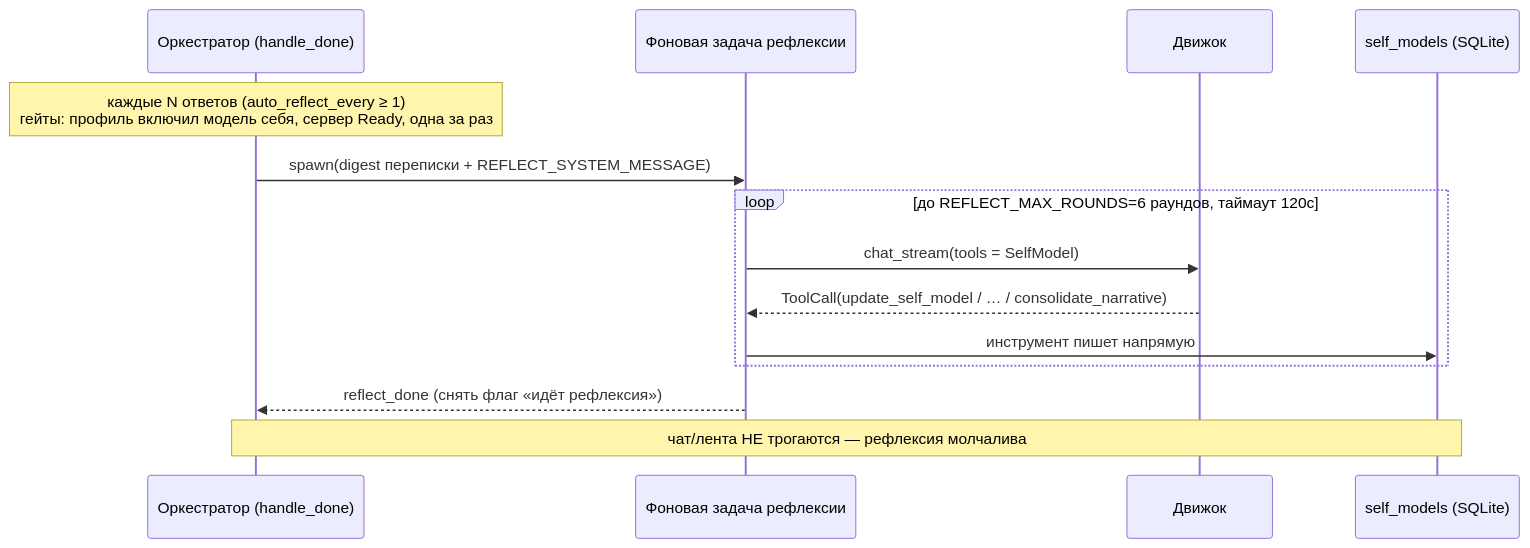
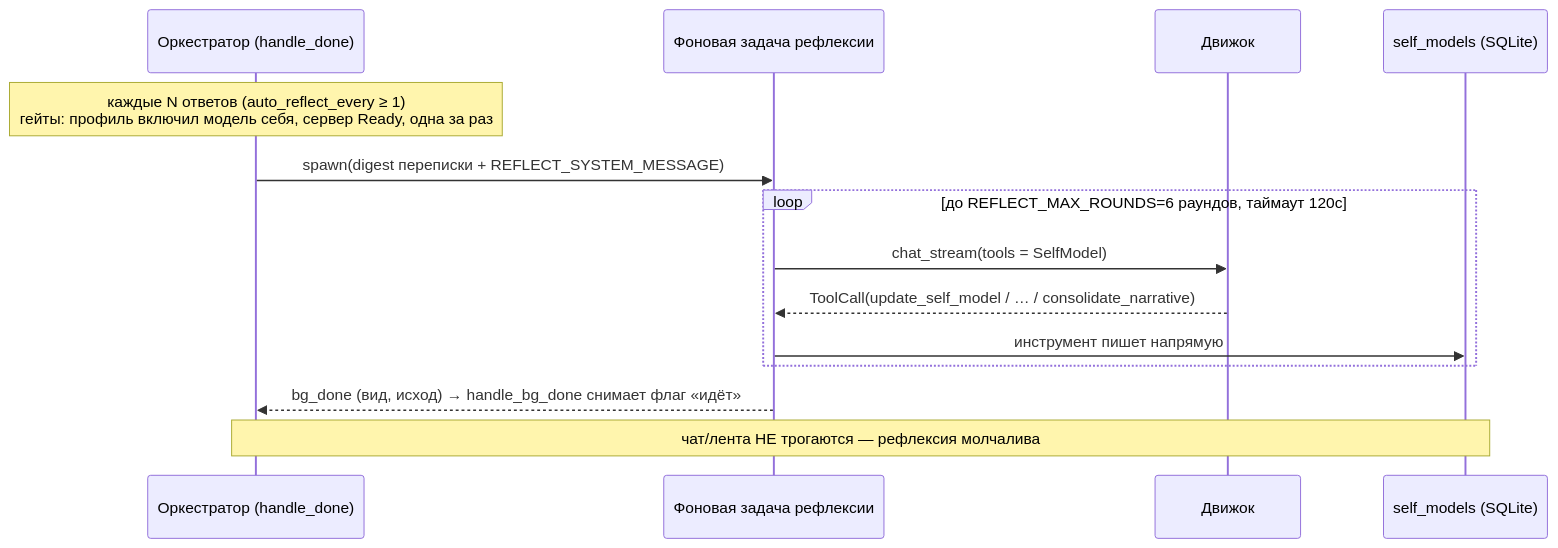
Diagram 14 of 17 in docs/architecture.md (vshylov/mindfork-rs), drawn with Mermaid before and after one commit. The commit also changed other lines of this file and 10 other files, not shown here.

````diff
--- a/docs/architecture.md
+++ b/docs/architecture.md
@@ -1023,16 +1024,16 @@
 ```mermaid
 sequenceDiagram
     participant ORCH as Оркестратор (handle_done)
     participant TASK as Фоновая задача рефлексии
     participant LLM as Движок
     participant DB as self_models (SQLite)
     Note over ORCH: каждые N ответов (auto_reflect_every ≥ 1)<br/>гейты: профиль включил модель себя, сервер Ready, одна за раз
     ORCH->>TASK: spawn(digest переписки + REFLECT_SYSTEM_MESSAGE)
     loop до REFLECT_MAX_ROUNDS=6 раундов, таймаут 120с
         TASK->>LLM: chat_stream(tools = SelfModel)
         LLM-->>TASK: ToolCall(update_self_model / … / consolidate_narrative)
         TASK->>DB: инструмент пишет напрямую
     end
-    TASK-->>ORCH: reflect_done (снять флаг «идёт рефлексия»)
+    TASK-->>ORCH: bg_done (вид, исход) → handle_bg_done снимает флаг «идёт»
     Note over ORCH,DB: чат/лента НЕ трогаются — рефлексия молчалива
 ```
````
